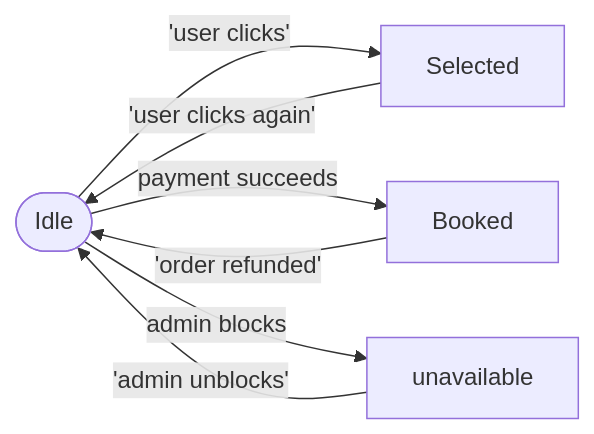
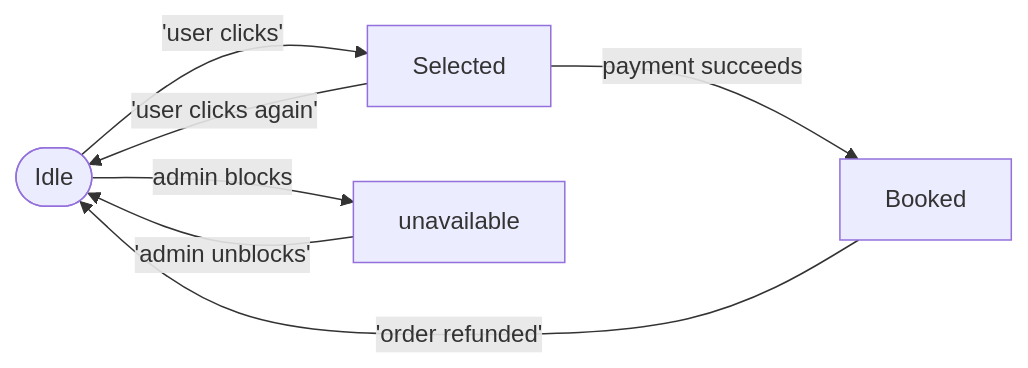
One commit to Azusalina/sba-proj changed the third of 6 diagrams in descriptions/figs.md. Above: the diagram before and after it, drawn with Mermaid. The commit also changed other lines of this file and 3 other files, not shown here.

````diff
--- a/descriptions/figs.md
+++ b/descriptions/figs.md
@@ -23,9 +58,9 @@
 ```mermaid
 flowchart LR
  I([Idle])--'user clicks'-->S[Selected]
  S--'user clicks again'-->I
- I--"payment succeeds"-->B[Booked]
+ S--"payment succeeds"-->B[Booked]
  B-- 'order refunded'--> I
  I--"admin blocks"-->U[unavailable]
  U--'admin unblocks'-->I
 ```
````
